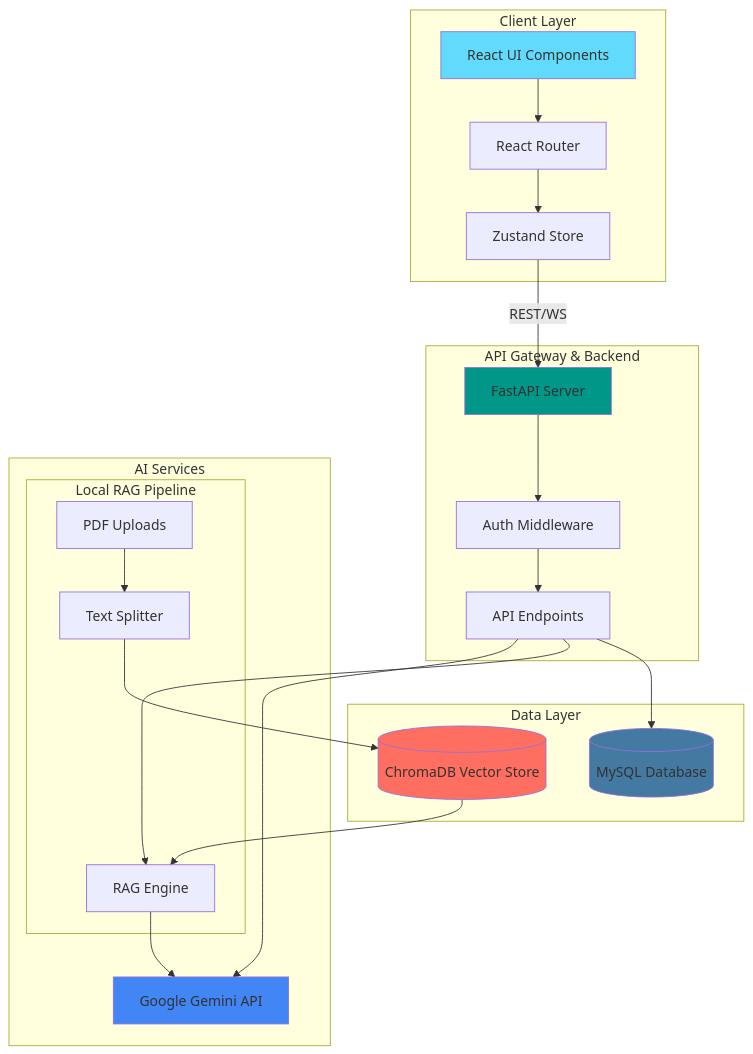
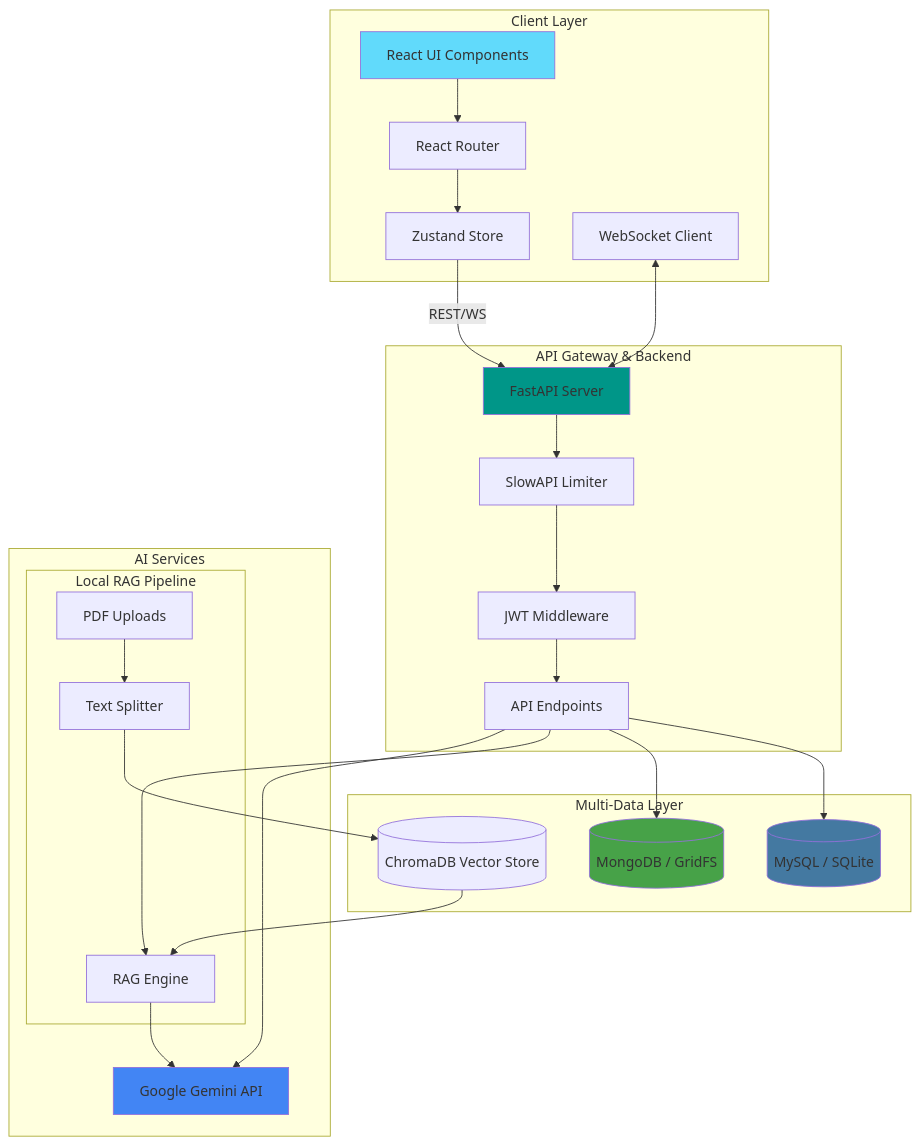
Before and after one commit to quantumNexus0/ai_legal_ecosystem: the second of 9 diagrams in README.md, drawn with Mermaid. The commit also changed other lines of this file and 40 other files, not shown here.

````diff
--- a/README.md
+++ b/README.md
@@ -204,47 +161,53 @@
 ```mermaid
 graph TB
     subgraph "Client Layer"
         UI[React UI Components]
         Router[React Router]
         State[Zustand Store]
+        WS[WebSocket Client]
     end
 
     subgraph "API Gateway & Backend"
         FastAPI[FastAPI Server]
-        Auth[Auth Middleware]
+        RateLimit[SlowAPI Limiter]
+        Auth[JWT Middleware]
         Endpoints[API Endpoints]
     end
 
-    subgraph "Data Layer"
-        MySQL[(MySQL Database)]
-        VectorDB[(Local Vector DB)]
+    subgraph "Multi-Data Layer"
+        SQL[(MySQL / SQLite)]
+        MongoDB[(MongoDB / GridFS)]
+        VectorDB[(ChromaDB Vector Store)]
     end
 
     subgraph "AI Services"
         Gemini[Google Gemini API]
         subgraph "Local RAG Pipeline"
             PDF[PDF Uploads] --> Splitter[Text Splitter]
-            Splitter --> VectorDB[(ChromaDB Vector Store)]
+            Splitter --> VectorDB
             VectorDB --> RAG[RAG Engine]
         end
     end
 
     UI --> Router
     Router --> State
     State -- REST/WS --> FastAPI
+    WS <--> FastAPI
     
-    FastAPI --> Auth
+    FastAPI --> RateLimit
+    RateLimit --> Auth
     Auth --> Endpoints
     
-    Endpoints --> MySQL
+    Endpoints --> SQL
+    Endpoints --> MongoDB
     Endpoints --> RAG
     Endpoints --> Gemini
     
     RAG --> Gemini
     
     style UI fill:#61DAFB
     style FastAPI fill:#009688
-    style MySQL fill:#4479A1
+    style SQL fill:#4479A1
+    style MongoDB fill:#47A248
     style Gemini fill:#4285F4
-    style VectorDB fill:#FF6F61
 ```
````
